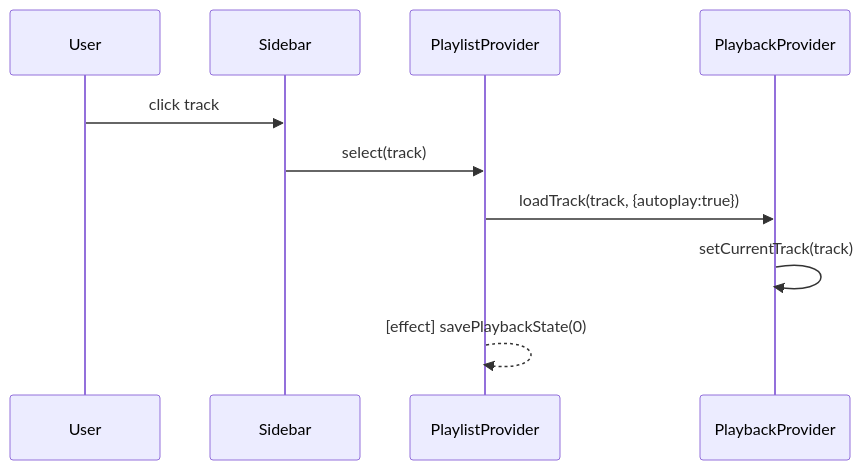
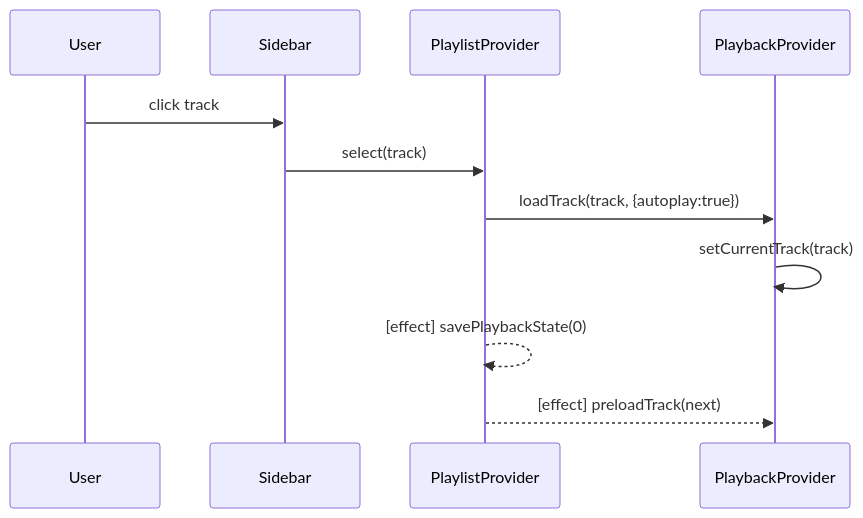
Before and after one commit to tansautn/darkwave-visualizer-player: the fourth of 4 diagrams in docs/architect/playback.md, drawn with Mermaid. The commit also changed other lines of this file and 7 other files, not shown here.

````diff
--- a/docs/architect/playback.md
+++ b/docs/architect/playback.md
@@ -167,13 +209,14 @@
 ```mermaid
 sequenceDiagram
   participant U as User
   participant SB as Sidebar
   participant PL as PlaylistProvider
   participant PB as PlaybackProvider
 
   U->>SB: click track
   SB->>PL: select(track)
   PL->>PB: loadTrack(track, {autoplay:true})
   PB->>PB: setCurrentTrack(track)
   PL-->>PL: [effect] savePlaybackState(0)
+  PL-->>PB: [effect] preloadTrack(next)
 ```
````
